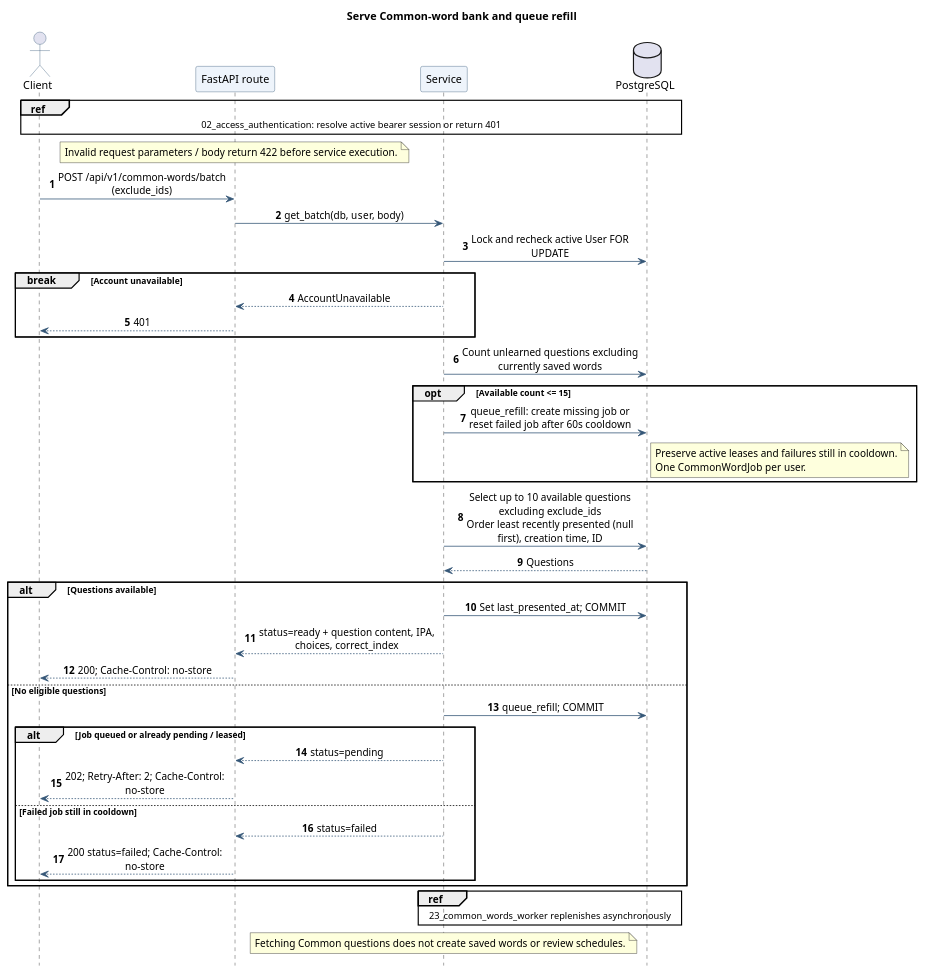
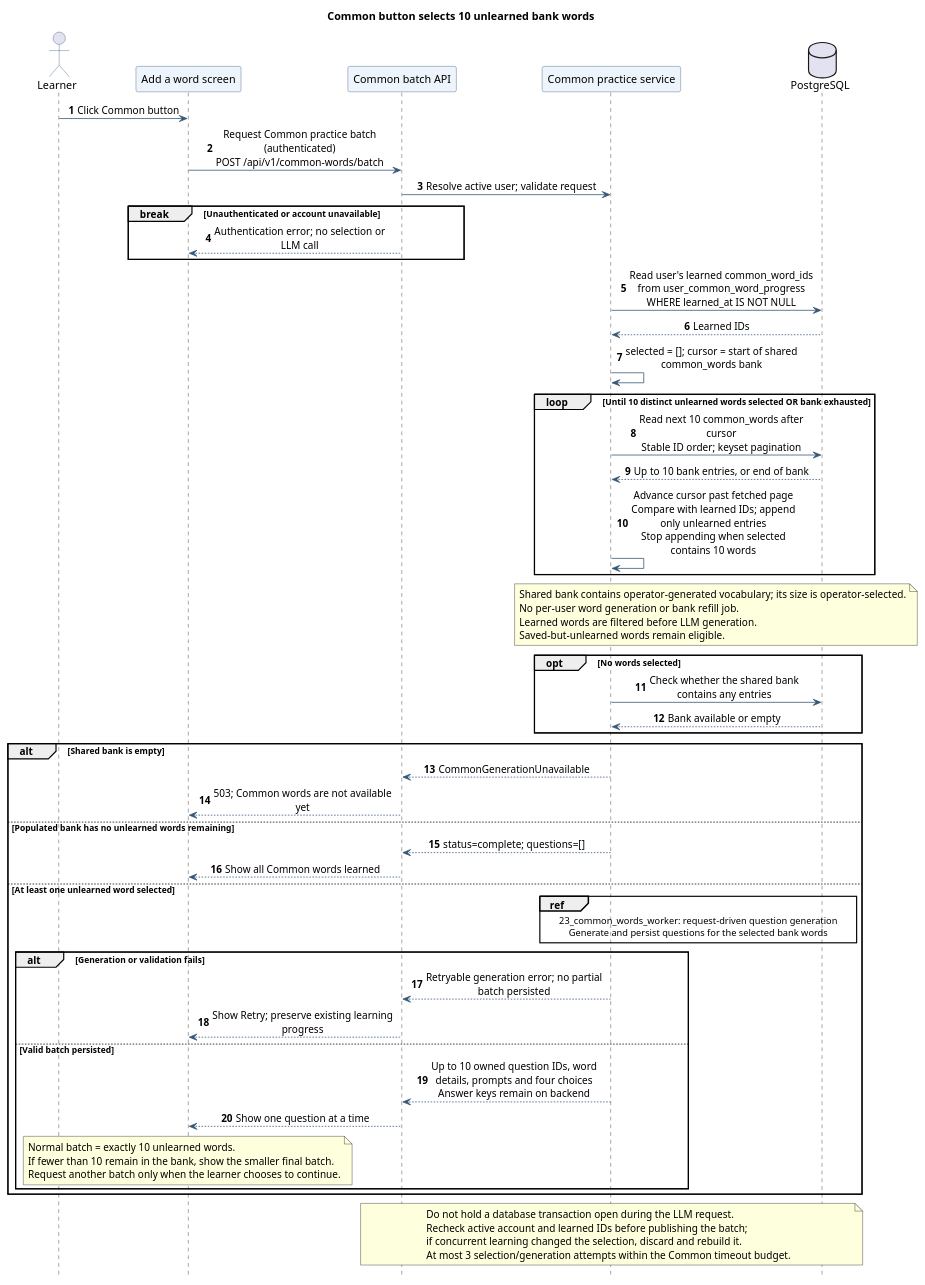
One commit to jerrynguyen0210/english-vocab-app changed the diagram in docs/diagrams/sequence_diagrams/20_common_words_batch.puml. Above: the diagram before and after it, drawn with PlantUML. The commit also changed 93 other files, not shown here.

Commit message:
Add shared common word practice and bank tooling

```diff
--- a/docs/diagrams/sequence_diagrams/20_common_words_batch.puml
+++ b/docs/diagrams/sequence_diagrams/20_common_words_batch.puml
@@ -1,56 +1,59 @@
 @startuml
 skinparam shadowing false
 skinparam defaultFontName SansSerif
 skinparam sequenceMessageAlign center
 skinparam maxMessageSize 240
 skinparam ParticipantBackgroundColor #EEF4FB
 skinparam ParticipantBorderColor #355777
 skinparam ActorBorderColor #355777
 skinparam ArrowColor #355777
 hide footbox
 autonumber
-title Serve Common-word bank and queue refill
+title Common button selects 10 unlearned bank words
 
-' Sources relative to repository root:
-' backend/app/api/routes/common_words.py
-' backend/app/services/common_words.py
-' backend/app/services/common_word_bank.py
+' Sources: backend/app/api/routes/common_words.py and backend/app/services/common_words.py.
+actor Learner
+participant "Add a word screen" as Client
+participant "Common batch API" as API
+participant "Common practice service" as S
+database PostgreSQL as DB
 
-actor Client
-participant "FastAPI route" as API
-participant "Service" as S
-database PostgreSQL as DB
-ref over Client, DB : 02_access_authentication: resolve active bearer session or return 401
-note over API : Invalid request parameters / body return 422 before service execution.
-
-Client -> API : POST /api/v1/common-words/batch (exclude_ids)
-API -> S : get_batch(db, user, body)
-S -> DB : Lock and recheck active User FOR UPDATE
-break Account unavailable
-  S --> API : AccountUnavailable
-  API --> Client : 401
+Learner -> Client : Click Common button
+Client -> API : Request Common practice batch (authenticated)\nPOST /api/v1/common-words/batch
+API -> S : Resolve active user; validate request
+break Unauthenticated or account unavailable
+  API --> Client : Authentication error; no selection or LLM call
 end
-S -> DB : Count unlearned questions excluding currently saved words
-opt Available count <= 15
-  S -> DB : queue_refill: create missing job or reset failed job after 60s cooldown
-  note right of DB : Preserve active leases and failures still in cooldown.\nOne CommonWordJob per user.
+S -> DB : Read user's learned common_word_ids\nfrom user_common_word_progress WHERE learned_at IS NOT NULL
+DB --> S : Learned IDs
+S -> S : selected = []; cursor = start of shared common_words bank
+loop Until 10 distinct unlearned words selected OR bank exhausted
+  S -> DB : Read next 10 common_words after cursor\nStable ID order; keyset pagination
+  DB --> S : Up to 10 bank entries, or end of bank
+  S -> S : Advance cursor past fetched page\nCompare with learned IDs; append only unlearned entries\nStop appending when selected contains 10 words
 end
-S -> DB : Select up to 10 available questions excluding exclude_ids\nOrder least recently presented (null first), creation time, ID
-DB --> S : Questions
-alt Questions available
-  S -> DB : Set last_presented_at; COMMIT
-  S --> API : status=ready + question content, IPA, choices, correct_index
-  API --> Client : 200; Cache-Control: no-store
-else No eligible questions
-  S -> DB : queue_refill; COMMIT
-  alt Job queued or already pending / leased
-    S --> API : status=pending
-    API --> Client : 202; Retry-After: 2; Cache-Control: no-store
-  else Failed job still in cooldown
-    S --> API : status=failed
-    API --> Client : 200 status=failed; Cache-Control: no-store
+note over S, DB : Shared bank contains operator-generated vocabulary; its size is operator-selected.\nNo per-user word generation or bank refill job.\nLearned words are filtered before LLM generation.\nSaved-but-unlearned words remain eligible.
+opt No words selected
+  S -> DB : Check whether the shared bank contains any entries
+  DB --> S : Bank available or empty
+end
+alt Shared bank is empty
+  S --> API : CommonGenerationUnavailable
+  API --> Client : 503; Common words are not available yet
+else Populated bank has no unlearned words remaining
+  S --> API : status=complete; questions=[]
+  API --> Client : Show all Common words learned
+else At least one unlearned word selected
+  ref over S, DB : 23_common_words_worker: request-driven question generation\nGenerate and persist questions for the selected bank words
+  alt Generation or validation fails
+    S --> API : Retryable generation error; no partial batch persisted
+    API --> Client : Show Retry; preserve existing learning progress
+  else Valid batch persisted
+    S --> API : Up to 10 owned question IDs, word details, prompts and four choices\nAnswer keys remain on backend
+    API --> Client : Show one question at a time
+    note over Client : Normal batch = exactly 10 unlearned words.\nIf fewer than 10 remain in the bank, show the smaller final batch.\nRequest another batch only when the learner chooses to continue.
   end
 end
-ref over S, DB : 23_common_words_worker replenishes asynchronously
-note over S : Fetching Common questions does not create saved words or review schedules.
+note over API, DB : Do not hold a database transaction open during the LLM request.\nRecheck active account and learned IDs before publishing the batch;\nif concurrent learning changed the selection, discard and rebuild it.\nAt most 3 selection/generation attempts within the Common timeout budget.
+
 @enduml
```
